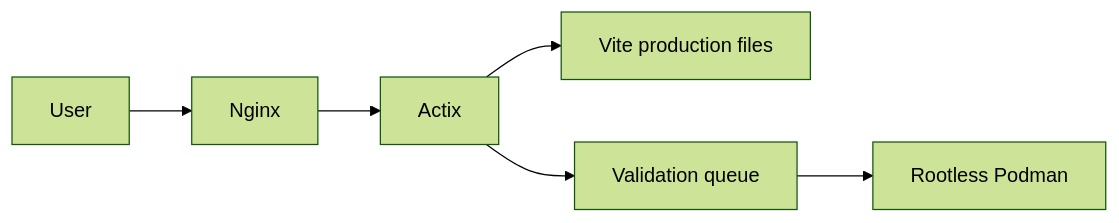
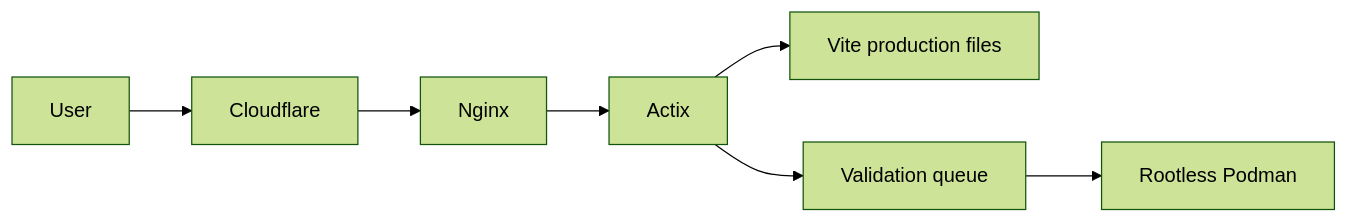
One commit to matrizaev/rust-daily changed the second of 2 diagrams in ARCHITECTURE.md. Above: the diagram before and after it, drawn with Mermaid (forest theme). The commit also changed 6 other files, not shown here.

````diff
--- a/ARCHITECTURE.md
+++ b/ARCHITECTURE.md
@@ -321,8 +321,9 @@
 ```mermaid
 flowchart LR
-    User --> Nginx
+    User --> Cloudflare
+    Cloudflare --> Nginx
     Nginx --> Actix
     Actix --> Static[Vite production files]
     Actix --> Queue[Validation queue]
     Queue --> Podman[Rootless Podman]
 ```
````
